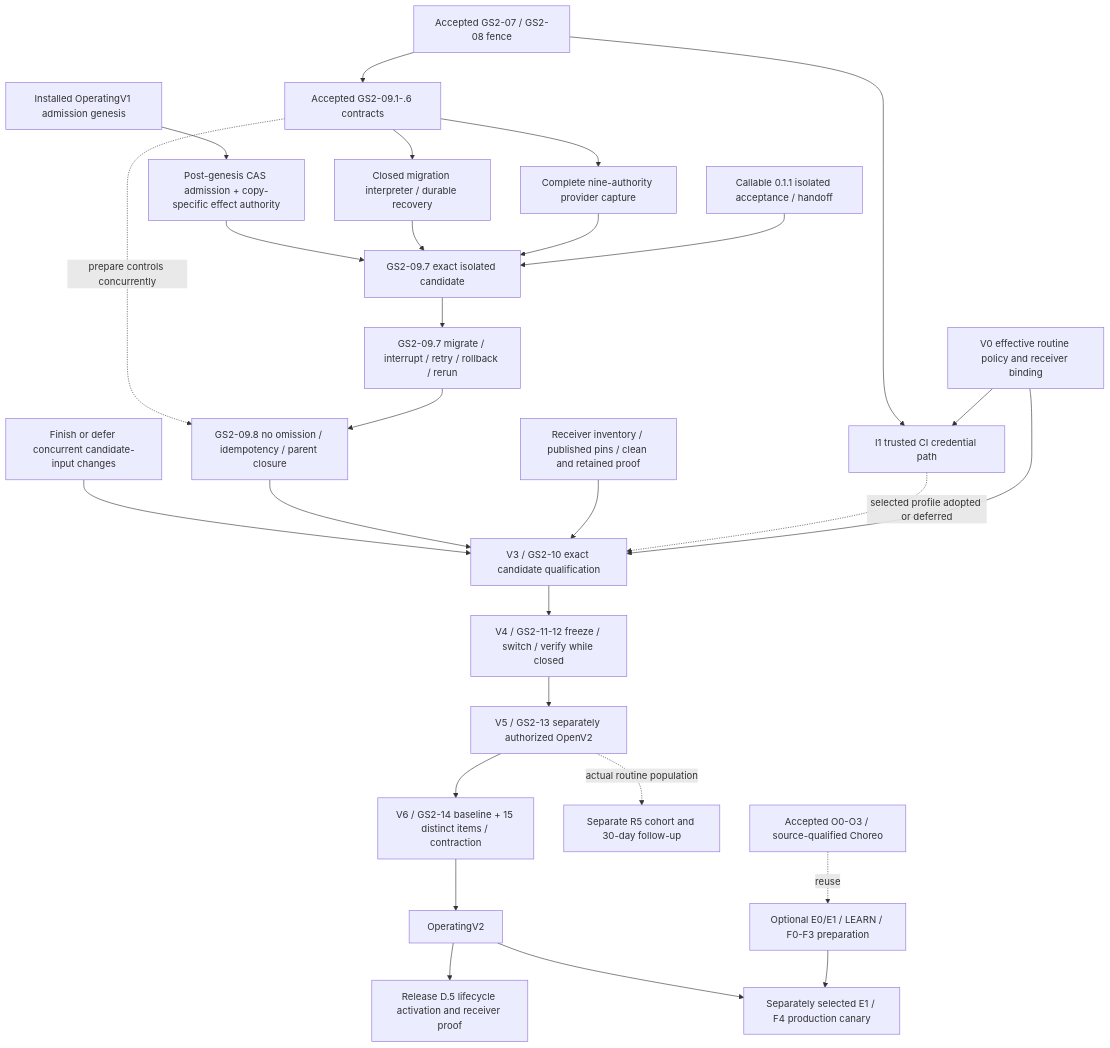
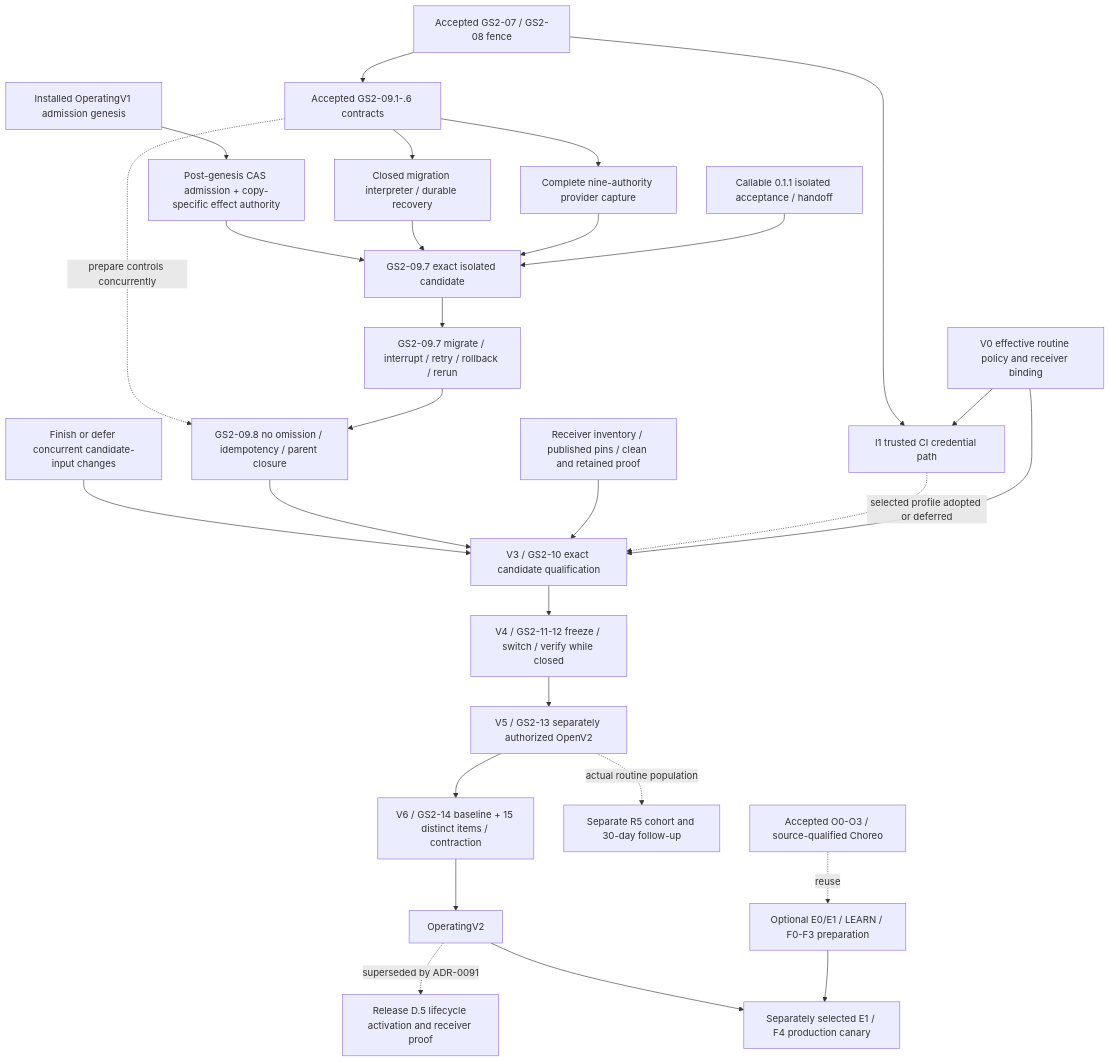
Before and after one commit to FS-GG/.github: the second of 2 diagrams in docs/2026-09-07-154210-fs-gg-unified-development-roadmap.md, drawn with Mermaid. The commit also changed other lines of this file and 3 other files, not shown here.

First line of the commit message:
Update clean-start C3 and SVG D.5 roadmap frontier (#3946)

````diff
--- a/docs/2026-09-07-154210-fs-gg-unified-development-roadmap.md
+++ b/docs/2026-09-07-154210-fs-gg-unified-development-roadmap.md
@@ -1184,30 +1190,30 @@
 ```mermaid
 flowchart TD
     V1["Accepted GS2-07 / GS2-08 fence"] --> Contracts["Accepted GS2-09.1-.6 contracts"]
     Call["Callable 0.1.1 isolated acceptance / handoff"] --> Join["GS2-09.7 exact isolated candidate"]
     Contracts --> Read["Complete nine-authority provider capture"]
     Contracts --> Execute["Closed migration interpreter / durable recovery"]
     Read --> Join
     Execute --> Join
     Genesis["Installed OperatingV1 admission genesis"] --> Authority["Post-genesis CAS admission + copy-specific effect authority"]
     Authority --> Join
     Join --> Rehearse["GS2-09.7 migrate / interrupt / retry / rollback / rerun"]
     Rehearse --> Omit["GS2-09.8 no omission / idempotency / parent closure"]
     Contracts -. prepare controls concurrently .-> Omit
     Policy["V0 effective routine policy and receiver binding"] --> Freeze["V3 / GS2-10 exact candidate qualification"]
     Policy --> I1["I1 trusted CI credential path"]
     V1 --> I1
     I1 -. selected profile adopted or deferred .-> Freeze
     Receivers["Receiver inventory / published pins / clean and retained proof"] --> Freeze
     Omit --> Freeze
     Changes["Finish or defer concurrent candidate-input changes"] --> Freeze
     Freeze --> Closed["V4 / GS2-11-12 freeze / switch / verify while closed"]
     Closed --> Open["V5 / GS2-13 separately authorized OpenV2"]
     Open --> Observe["V6 / GS2-14 baseline + 15 distinct items / contraction"]
     Observe --> Operating["OperatingV2"]
     Open -. actual routine population .-> R5["Separate R5 cohort and 30-day follow-up"]
-    Operating --> Lifecycle["Release D.5 lifecycle activation and receiver proof"]
+    Operating -. superseded by ADR-0091 .-> Lifecycle["Release D.5 lifecycle activation and receiver proof"]
     Foundations["Accepted O0-O3 / source-qualified Choreo"] -. reuse .-> Extensions["Optional E0/E1 / LEARN / F0-F3 preparation"]
     Extensions --> Canary["Separately selected E1 / F4 production canary"]
     Operating --> Canary
 ```
````
